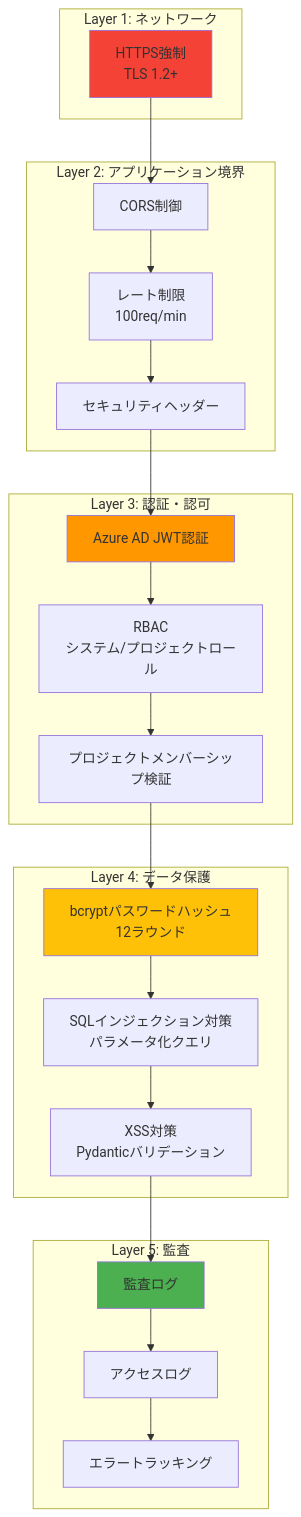
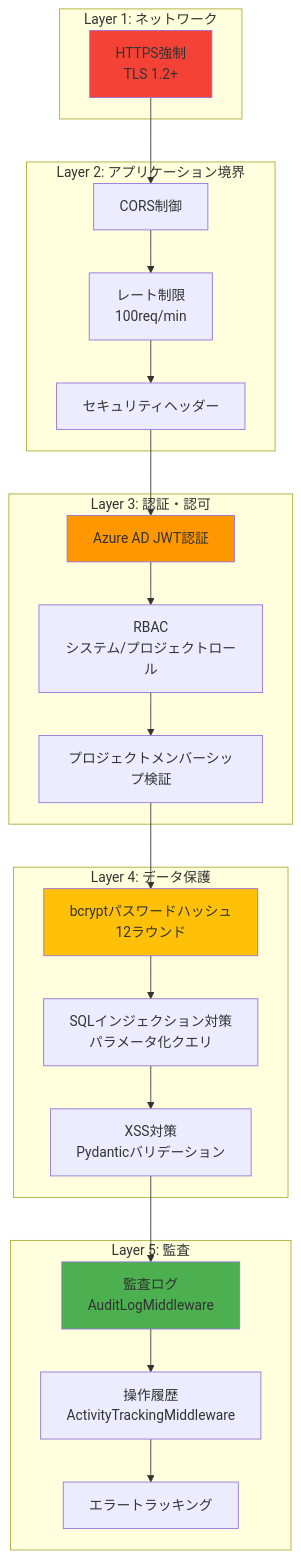
Diagram 12 of 14 in docs/specifications/04-architecture/01-system-architecture.md (nomura-koshiro/genai-app-docs), drawn with Mermaid before and after one commit. The commit also changed other lines of this file and 29 other files, not shown here.

```diff
--- a/docs/specifications/04-architecture/01-system-architecture.md
+++ b/docs/specifications/04-architecture/01-system-architecture.md
@@ -701,48 +720,48 @@
 ::: mermaid
 graph TB
     subgraph "Layer 1: ネットワーク"
         L1[HTTPS強制<br/>TLS 1.2+]
     end
 
     subgraph "Layer 2: アプリケーション境界"
         L2A[CORS制御]
         L2B[レート制限<br/>100req/min]
         L2C[セキュリティヘッダー]
     end
 
     subgraph "Layer 3: 認証・認可"
         L3A[Azure AD JWT認証]
         L3B[RBAC<br/>システム/プロジェクトロール]
         L3C[プロジェクトメンバーシップ検証]
     end
 
     subgraph "Layer 4: データ保護"
         L4A[bcryptパスワードハッシュ<br/>12ラウンド]
         L4B[SQLインジェクション対策<br/>パラメータ化クエリ]
         L4C[XSS対策<br/>Pydanticバリデーション]
     end
 
     subgraph "Layer 5: 監査"
-        L5A[監査ログ]
-        L5B[アクセスログ]
+        L5A[監査ログ<br/>AuditLogMiddleware]
+        L5B[操作履歴<br/>ActivityTrackingMiddleware]
         L5C[エラートラッキング]
     end
 
     L1 --> L2A
     L2A --> L2B
     L2B --> L2C
     L2C --> L3A
     L3A --> L3B
     L3B --> L3C
     L3C --> L4A
     L4A --> L4B
     L4B --> L4C
     L4C --> L5A
     L5A --> L5B
     L5B --> L5C
 
     style L1 fill:#F44336
     style L3A fill:#FF9800
     style L4A fill:#FFC107
     style L5A fill:#4CAF50
 :::
```
